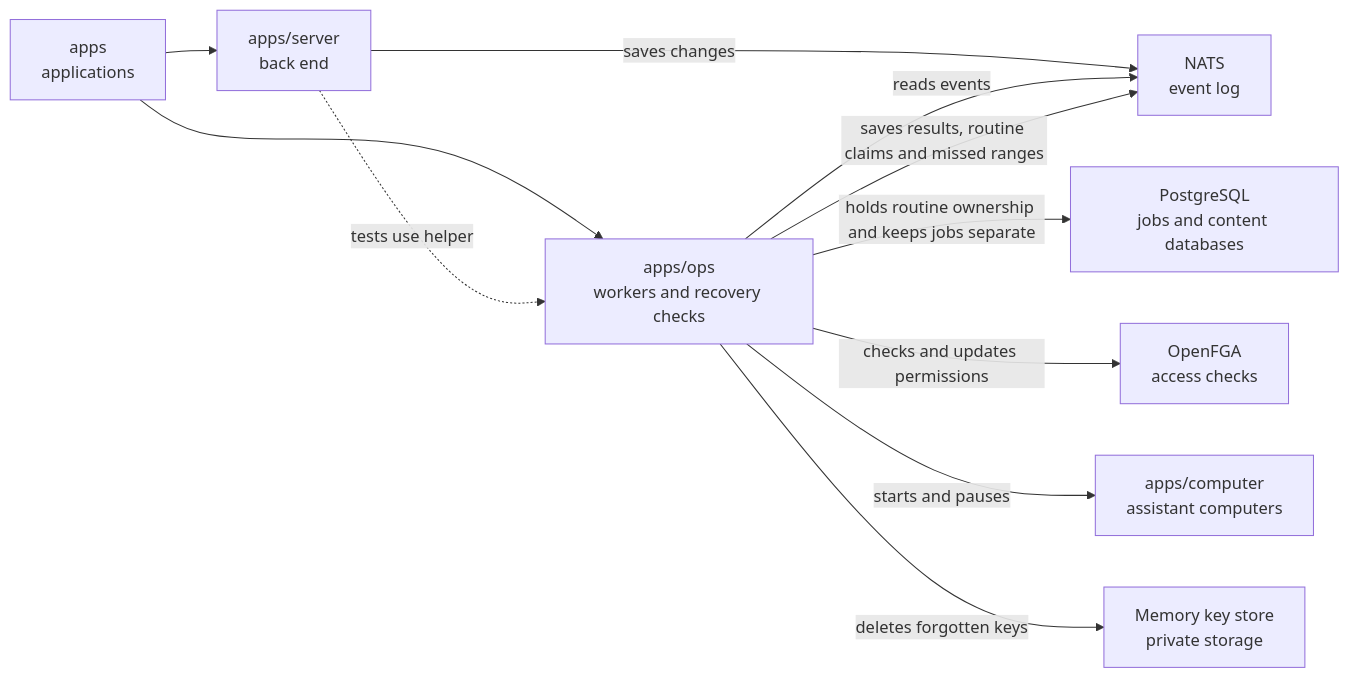
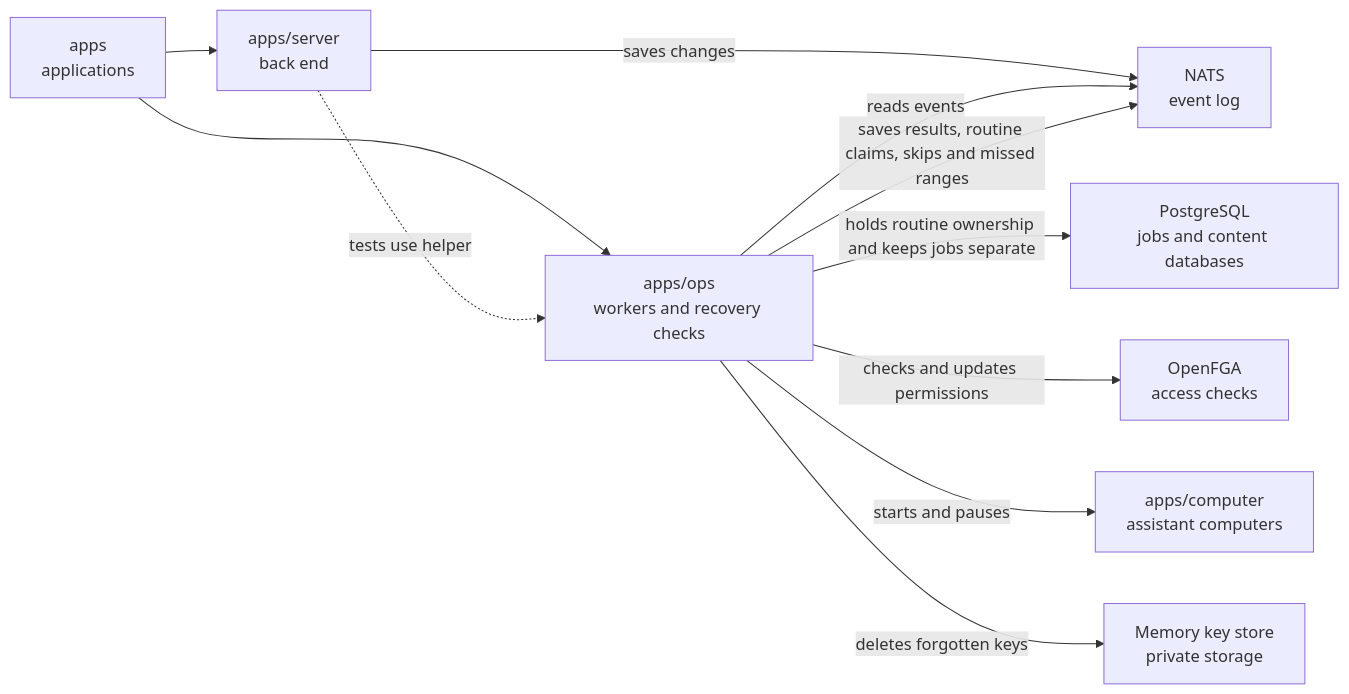
The diagram in apps/ops/README.md (elewa-git/opencrane-new), drawn with Mermaid before and after one commit. The commit also changed other lines of this file and 4 other files, not shown here.

````diff
--- a/apps/ops/README.md
+++ b/apps/ops/README.md
@@ -17,13 +17,13 @@
 ```mermaid
 flowchart LR
   apps["apps<br/>applications"] --> ops["apps/ops<br/>workers and recovery checks"]
   apps --> server["apps/server<br/>back end"]
   server -.->|tests use helper| ops
   server -->|saves changes| nats["NATS<br/>event log"]
   ops -->|reads events| nats
-  ops -->|saves results, routine claims and missed ranges| nats
+  ops -->|saves results, routine claims, skips and missed ranges| nats
   ops -->|holds routine ownership and keeps jobs separate| pg["PostgreSQL<br/>jobs and content databases"]
   ops -->|checks and updates permissions| fga["OpenFGA<br/>access checks"]
   ops -->|starts and pauses| computer["apps/computer<br/>assistant computers"]
   ops -->|deletes forgotten keys| keys["Memory key store<br/>private storage"]
 ```
````
